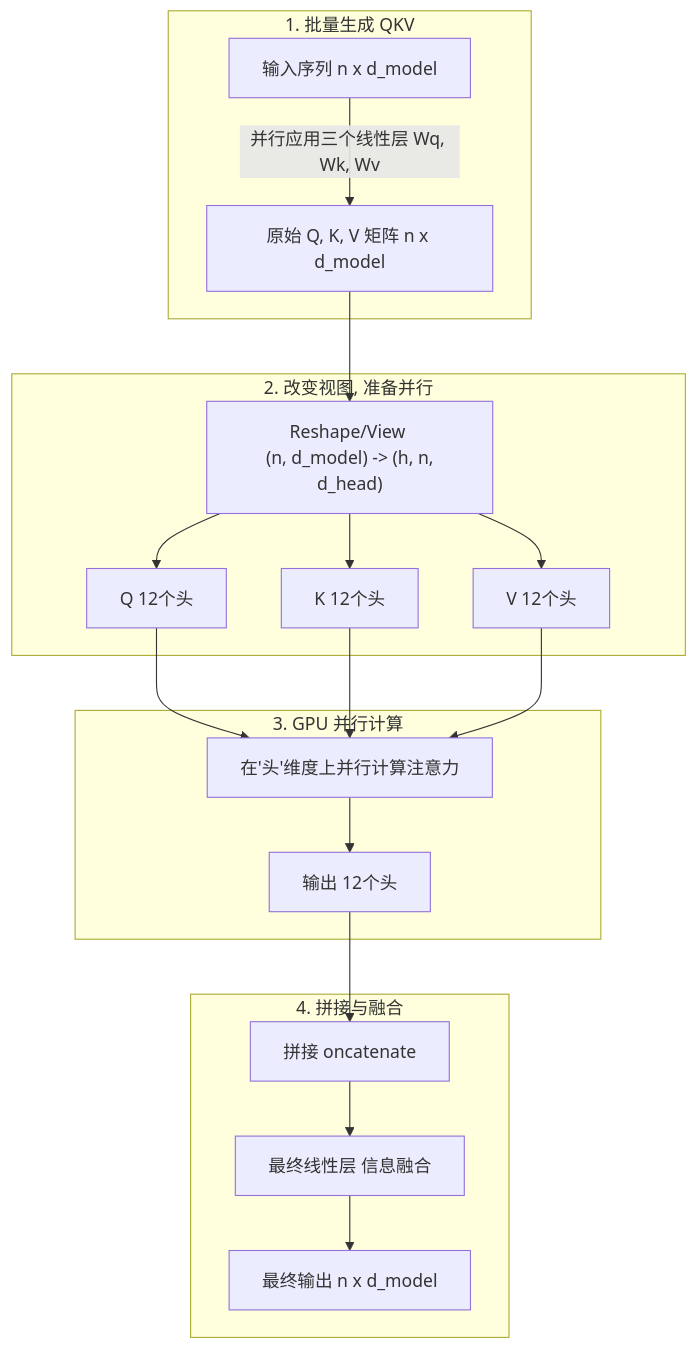
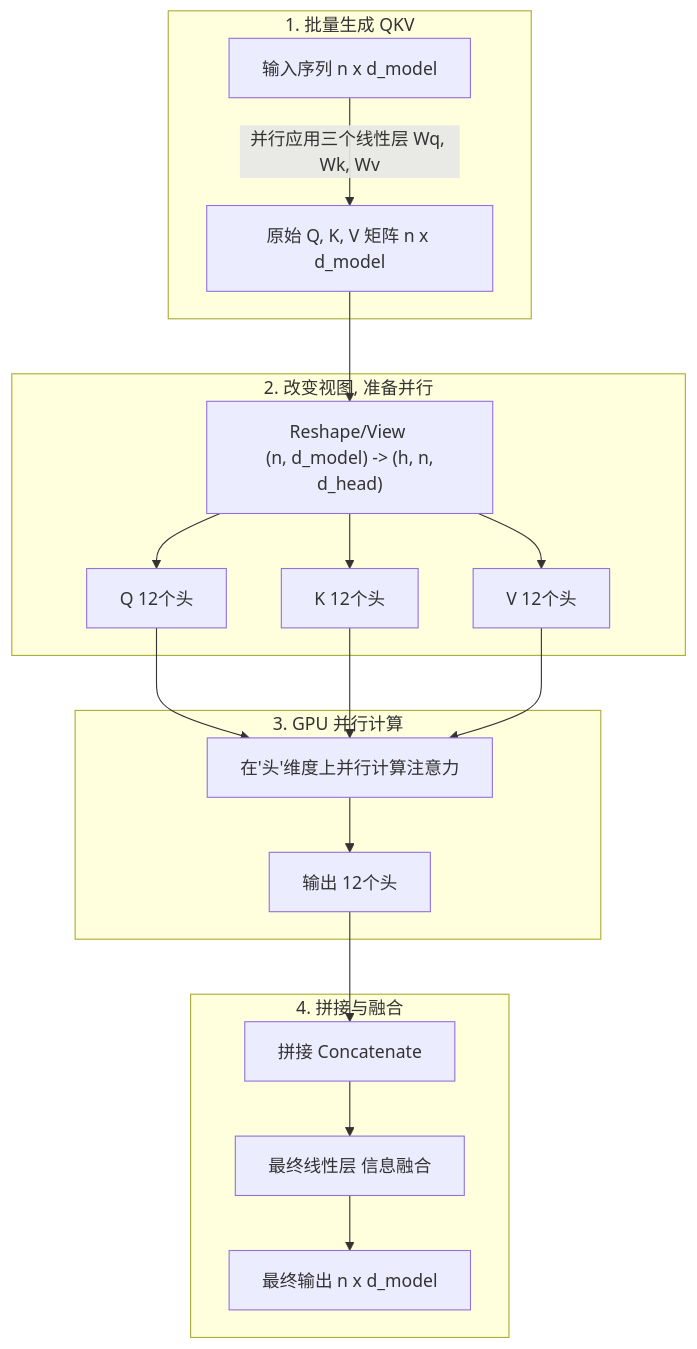
One commit to iheCoder/code_for_article changed the third of 6 diagrams in ai/从 Attention 到 Multi-Head：Go 工程师也能看懂的大模型注意力机制全解析.md. Above: the diagram before and after it, drawn with Mermaid. The commit also changed other lines of this file, not shown here.

````diff
--- a/ai/从 Attention 到 Multi-Head：Go 工程师也能看懂的大模型注意力机制全解析.md
+++ b/ai/从 Attention 到 Multi-Head：Go 工程师也能看懂的大模型注意力机制全解析.md
@@ -230,24 +230,24 @@
 ```mermaid
 graph TD
     subgraph "1. 批量生成 QKV"
         Input[输入序列 n x d_model] -->|并行应用三个线性层 Wq, Wk, Wv| QKV_raw[原始 Q, K, V 矩阵 n x d_model]
     end
 
     subgraph "2. 改变视图, 准备并行"
         QKV_raw --> Reshape["Reshape/View \n (n, d_model) -> (h, n, d_head)"]
         Reshape --> Q_heads[Q 12个头]
         Reshape --> K_heads[K 12个头]
         Reshape --> V_heads[V 12个头]
     end
 
     subgraph "3. GPU 并行计算"
         Q_heads & K_heads & V_heads --> Parallel_Attn["在'头'维度上并行计算注意力"]
         Parallel_Attn --> Output_heads[输出 12个头]
     end
 
     subgraph "4. 拼接与融合"
-        Output_heads --> Concat["拼接 oncatenate"]
+        Output_heads --> Concat[拼接 Concatenate]
         Concat --> Final_Linear["最终线性层 信息融合"]
         Final_Linear --> Final_Output[最终输出 n x d_model]
     end
 ```
````
